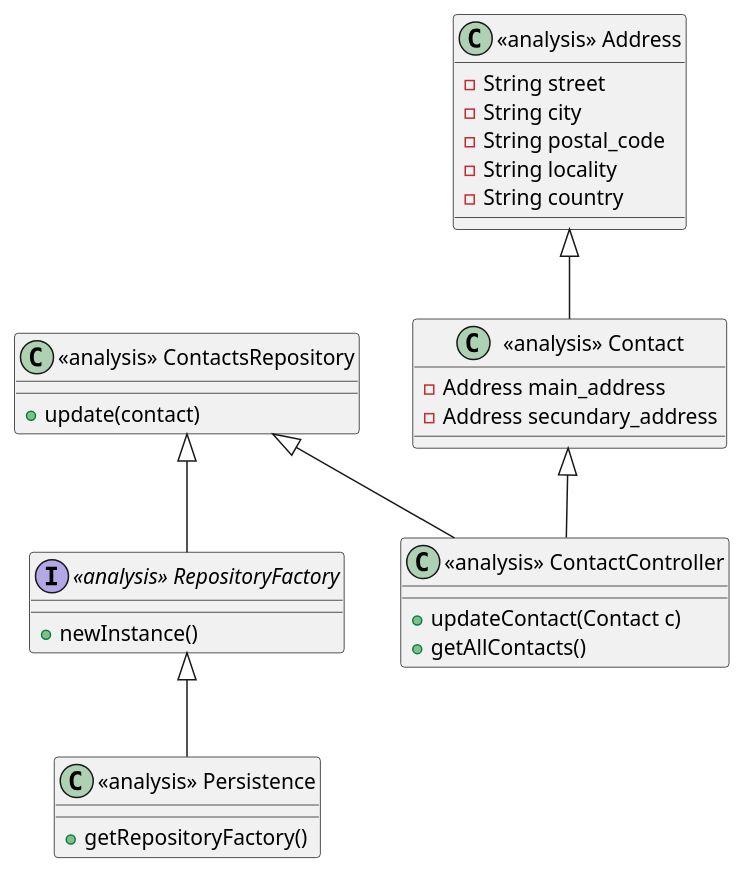
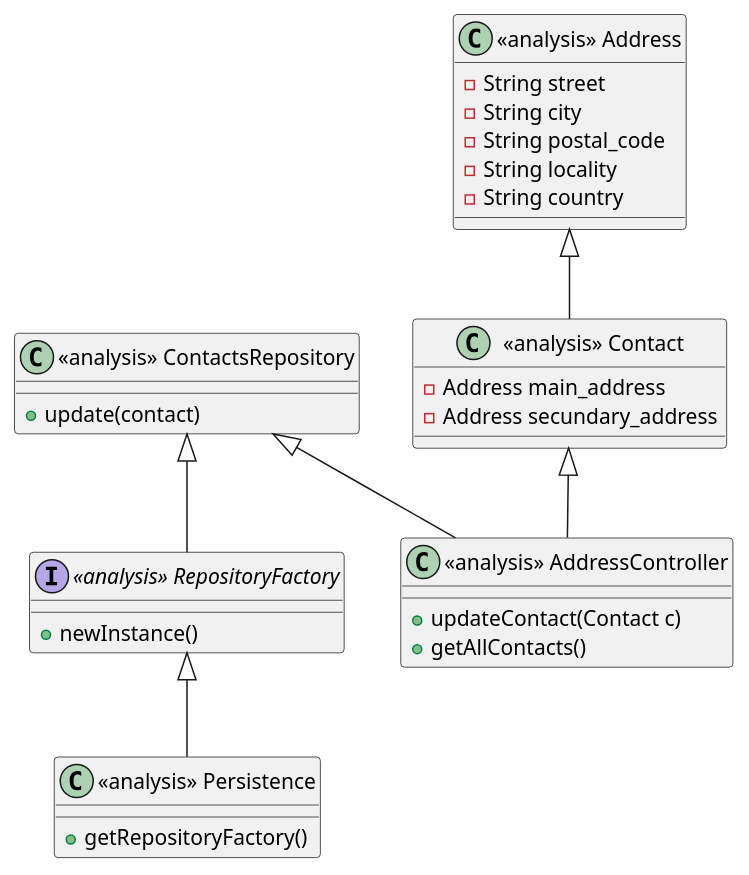
The diagram in src/csheets/userstories/crm02_01/address_edition/i130371/crm_02_01_analysis_classes.puml (1130348/Confusao), drawn with PlantUML before and after one commit. The commit also changed 4 other files, not shown here.

```diff
--- a/src/csheets/userstories/crm02_01/address_edition/i130371/crm_02_01_analysis_classes.puml
+++ b/src/csheets/userstories/crm02_01/address_edition/i130371/crm_02_01_analysis_classes.puml
@@ -1,39 +1,39 @@
 @startuml doc-files/crm_01_01_analise_classes.png
 
     class "<<analysis>> Persistence" as Persistence{
         +getRepositoryFactory()
     }
 
     interface "<<analysis>> RepositoryFactory" as RepositoryFactory{
         +newInstance()
     }
 
     class "<<analysis>> ContactsRepository" as ContactsRepository{
         +update(contact)
     }
 
     class "<<analysis>> Address" as Address{
         -String street
 		-String city
 		-String postal_code
 		-String locality
         -String country
     }
 
     class "<<analysis>> Contact" as Contact{
 		-Address main_address
 		-Address secundary_address
     }
 
-    class "<<analysis>> ContactController" as ContactController{
+    class "<<analysis>> AddressController" as ContactController{
         +updateContact(Contact c)
 		+getAllContacts()
     }
 
 	Address <|-- Contact
     RepositoryFactory <|-- Persistence
     ContactsRepository <|-- RepositoryFactory
     ContactsRepository <|-- ContactController
 	Contact <|-- ContactController
 
 @enduml
```
